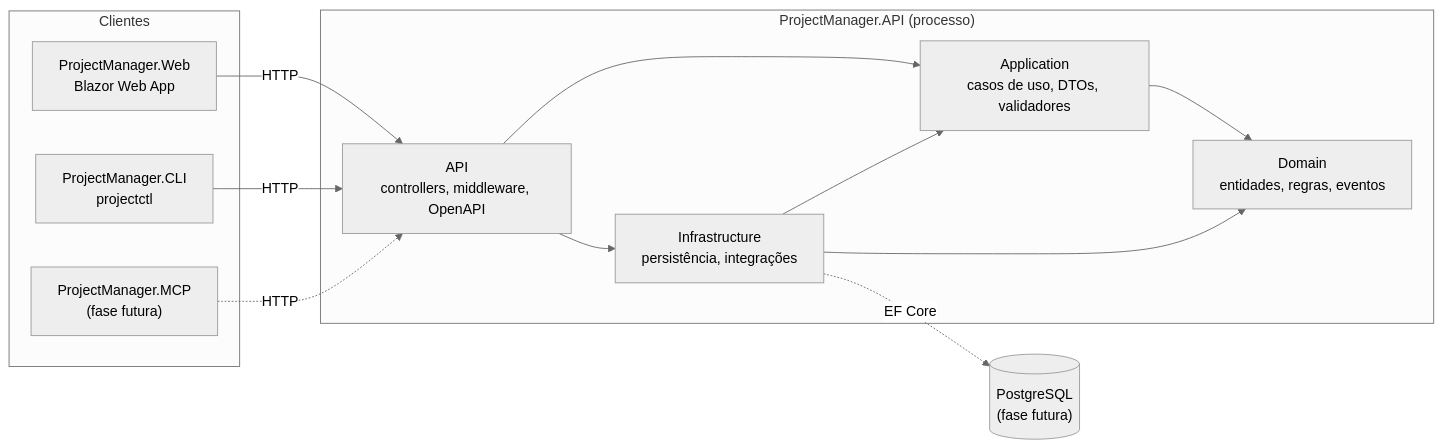
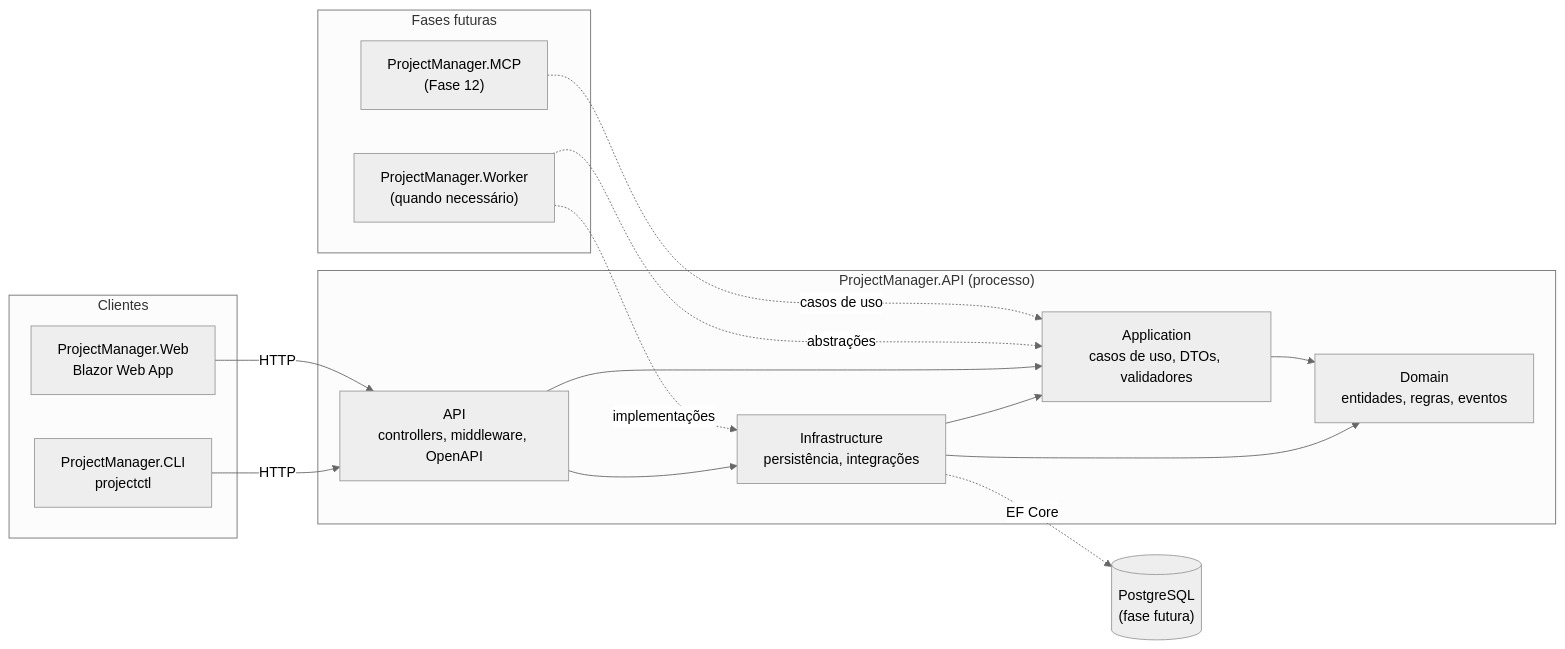
The diagram in docs/architecture/ARCHITECTURE.md (harrisonleandro/Gestalyn), drawn with Mermaid (neutral theme) before and after one commit. The commit also changed other lines of this file and 5 other files, not shown here.

````diff
--- a/docs/architecture/ARCHITECTURE.md
+++ b/docs/architecture/ARCHITECTURE.md
@@ -9,27 +9,33 @@
 ```mermaid
 flowchart LR
     subgraph Clientes
         Web["ProjectManager.Web<br/>Blazor Web App"]
         CLI["ProjectManager.CLI<br/>projectctl"]
-        MCP["ProjectManager.MCP<br/>(fase futura)"]
+    end
+
+    subgraph Futuro["Fases futuras"]
+        MCP["ProjectManager.MCP<br/>(Fase 12)"]
+        Worker["ProjectManager.Worker<br/>(quando necessário)"]
     end
 
     subgraph Backend["ProjectManager.API (processo)"]
         API["API<br/>controllers, middleware, OpenAPI"]
         App["Application<br/>casos de uso, DTOs, validadores"]
         Infra["Infrastructure<br/>persistência, integrações"]
         Domain["Domain<br/>entidades, regras, eventos"]
     end
 
     DB[("PostgreSQL<br/>(fase futura)")]
 
     Web -- HTTP --> API
     CLI -- HTTP --> API
-    MCP -. HTTP .-> API
+    MCP -. casos de uso .-> App
+    Worker -. abstrações .-> App
+    Worker -. implementações .-> Infra
     API --> App
     API --> Infra
     Infra --> App
     App --> Domain
     Infra --> Domain
     Infra -. EF Core .-> DB
 ```
````
